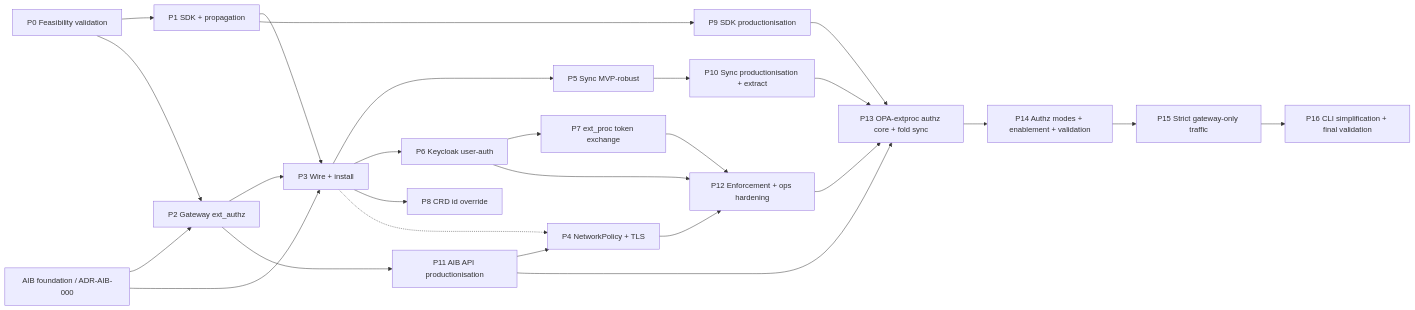
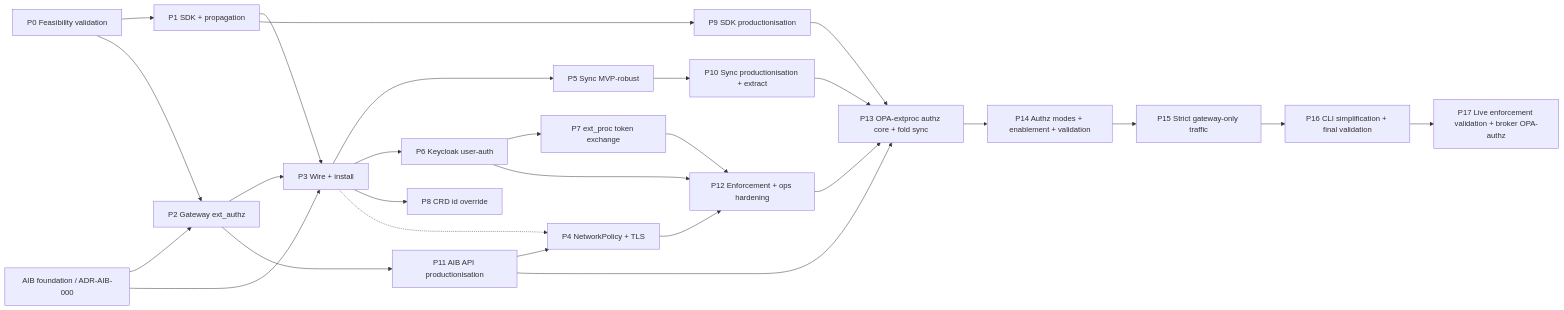
One commit to axsaucedo/kaos-adrs changed the diagram in security-and-identity/plan/proposed-split.md. Above: the diagram before and after it, drawn with Mermaid. The commit also changed other lines of this file and 2 other files, not shown here.

First line of the commit message:
Add live enforcement validation and broker OPA-authz plan

````diff
--- a/security-and-identity/plan/proposed-split.md
+++ b/security-and-identity/plan/proposed-split.md
@@ -248,28 +258,29 @@
 ```mermaid
 graph LR
   P0[P0 Feasibility validation] --> P1[P1 SDK + propagation]
   P0 --> P2[P2 Gateway ext_authz]
   F[AIB foundation / ADR-AIB-000] --> P2
   F --> P3[P3 Wire + install]
   P1 --> P3
   P2 --> P3
   P3 --> P5[P5 Sync MVP-robust]
   P3 --> P6[P6 Keycloak user-auth]
   P3 --> P8[P8 CRD id override]
   P6 --> P7[P7 ext_proc token exchange]
   P1 --> P9[P9 SDK productionisation]
   P5 --> P10[P10 Sync productionisation + extract]
   P2 --> P11[P11 AIB API productionisation]
   P11 --> P4[P4 NetworkPolicy + TLS]
   P3 -.-> P4
   P4 --> P12[P12 Enforcement + ops hardening]
   P6 --> P12
   P7 --> P12
   P9 --> P13
   P10 --> P13
   P11 --> P13
   P12 --> P13[P13 OPA-extproc authz core + fold sync]
   P13 --> P14[P14 Authz modes + enablement + validation]
   P14 --> P15[P15 Strict gateway-only traffic]
   P15 --> P16[P16 CLI simplification + final validation]
+  P16 --> P17[P17 Live enforcement validation + broker OPA-authz]
 ```
````
